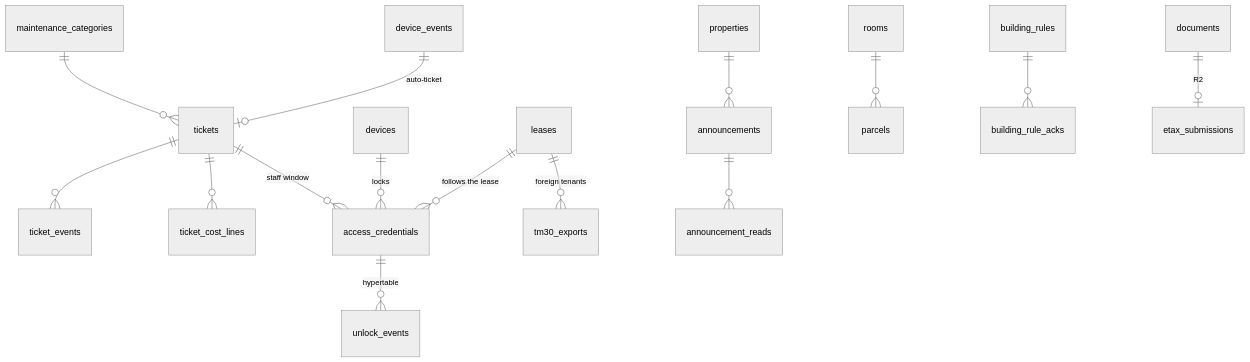
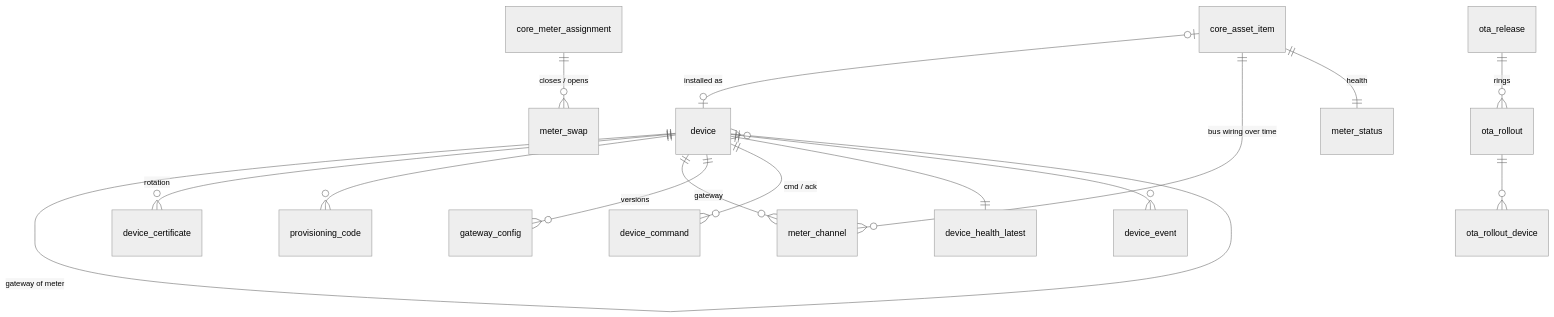
Diagram 11 of 13 in docs/schema-design.md (Collective-Group-Thailand/getproperty-api), drawn with Mermaid (neutral theme) before and after one commit. The commit also changed other lines of this file, not shown here.

First line of the commit message:
docs(schema): schema design v2 — neutral asset core, six schemas, RLS (D-150–D-161)

````diff
--- a/docs/schema-design.md
+++ b/docs/schema-design.md
@@ -1222,17 +1271,17 @@
 ```mermaid
 erDiagram
-  maintenance_categories ||--o{ tickets : ""
-  tickets ||--o{ ticket_events : ""
-  tickets ||--o{ ticket_cost_lines : ""
-  device_events ||--o| tickets : "auto-ticket"
-  devices ||--o{ access_credentials : "locks"
-  leases ||--o{ access_credentials : "follows the lease"
-  access_credentials ||--o{ unlock_events : "hypertable"
-  tickets ||--o{ access_credentials : "staff window"
-  properties ||--o{ announcements : ""
-  announcements ||--o{ announcement_reads : ""
-  rooms ||--o{ parcels : ""
-  building_rules ||--o{ building_rule_acks : ""
-  documents ||--o| etax_submissions : "R2"
-  leases ||--o{ tm30_exports : "foreign tenants"
+  device ||--o{ device : "gateway of meter"
+  device ||--o{ device_certificate : "rotation"
+  device ||--o{ provisioning_code : ""
+  core_asset_item |o--o| device : "installed as"
+  core_asset_item ||--o{ meter_channel : "bus wiring over time"
+  device ||--o{ meter_channel : "gateway"
+  device ||--o{ gateway_config : "versions"
+  core_meter_assignment ||--o{ meter_swap : "closes / opens"
+  device ||--o{ device_command : "cmd / ack"
+  ota_release ||--o{ ota_rollout : "rings"
+  ota_rollout ||--o{ ota_rollout_device : ""
+  device ||--|| device_health_latest : ""
+  device ||--o{ device_event : ""
+  core_asset_item ||--|| meter_status : "health"
 ```
````
